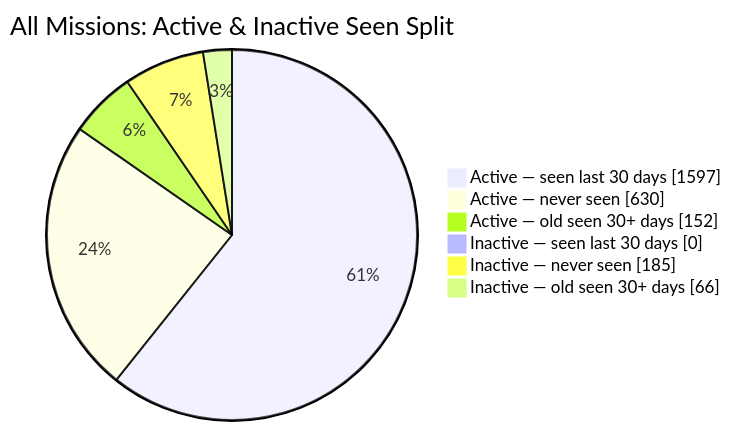
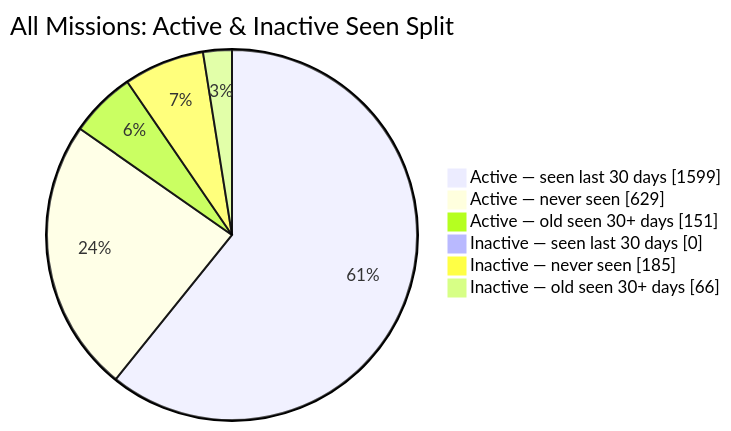
One commit to MeldkamerspelGameTeam/active-missions changed the second of 2 diagrams in README.md. Above: the diagram before and after it, drawn with Mermaid. The commit also changed other lines of this file and 3 other files, not shown here.

````diff
--- a/README.md
+++ b/README.md
@@ -44,10 +44,10 @@
 ```mermaid
 pie showData
     title All Missions: Active & Inactive Seen Split
-    "Active — seen last 30 days" : 1597
-    "Active — never seen" : 630
-    "Active — old seen 30+ days" : 152
+    "Active — seen last 30 days" : 1599
+    "Active — never seen" : 629
+    "Active — old seen 30+ days" : 151
     "Inactive — seen last 30 days" : 0
     "Inactive — never seen" : 185
     "Inactive — old seen 30+ days" : 66
 ```
````
